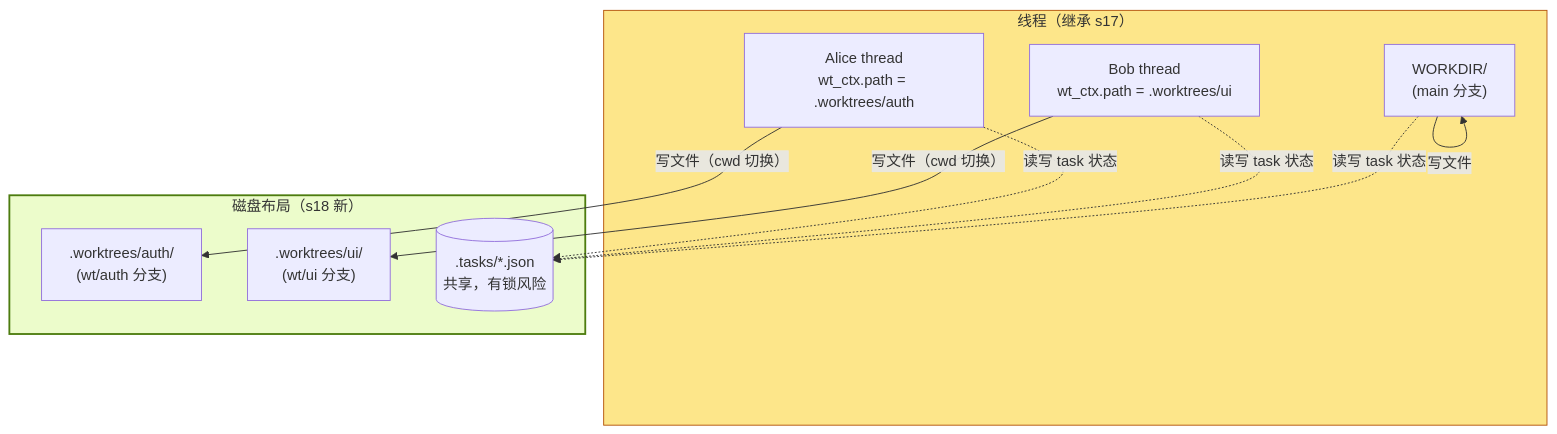
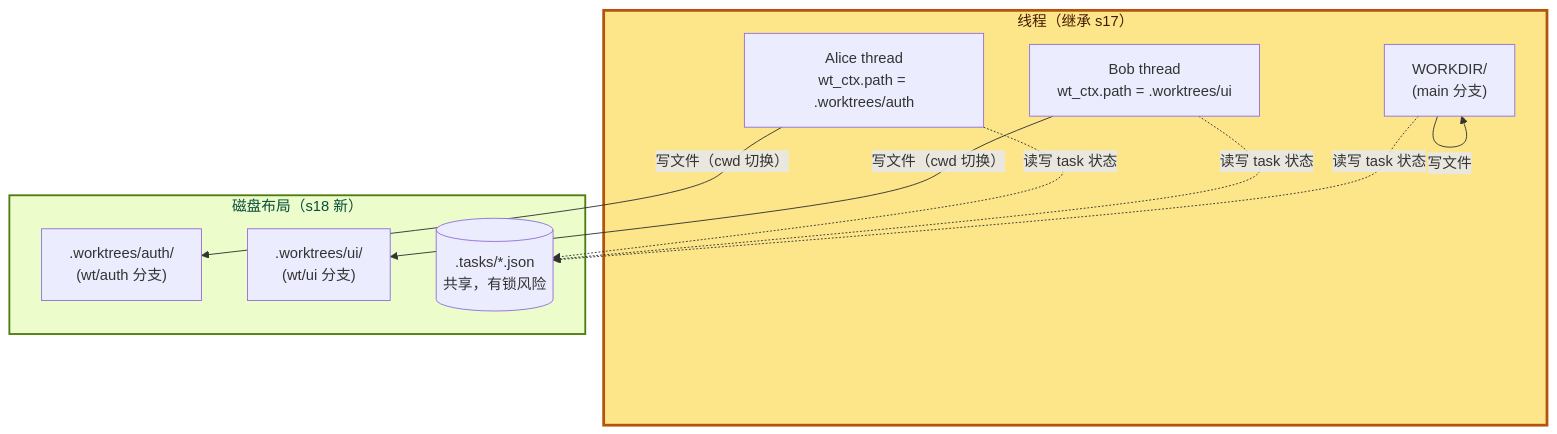
One commit to PyrePuin/From-Zero-LLM-Agent-Infra-Notes changed the fourth of 4 diagrams in Agent/Harness/Claude Code/Phase 5 - 多智能体/18 - Worktree Isolation.md. Above: the diagram before and after it, drawn with Mermaid. The commit also changed other lines of this file and 23 other files, not shown here.

First line of the commit message:
refactor(mermaid): 统一所有图的视觉规范

````diff
--- a/Agent/Harness/Claude Code/Phase 5 - 多智能体/18 - Worktree Isolation.md
+++ b/Agent/Harness/Claude Code/Phase 5 - 多智能体/18 - Worktree Isolation.md
@@ -570,25 +573,26 @@
 ```mermaid
+%%{init: {'themeVariables': {'fontSize': '16px', 'fontFamily': 'ui-sans-serif, system-ui, -apple-system, "Segoe UI", Roboto, sans-serif'}}}%%
 flowchart TB
     subgraph Threads["线程（继承 s17）"]
         Main["主线程<br/>Lead agent_loop<br/>cwd = WORKDIR"]
         A["Alice thread<br/>wt_ctx.path = .worktrees/auth"]
         B["Bob thread<br/>wt_ctx.path = .worktrees/ui"]
     end
 
     subgraph FS["磁盘布局（s18 新）"]
         Main["WORKDIR/<br/>(main 分支)"]
         W1[".worktrees/auth/<br/>(wt/auth 分支)"]
         W2[".worktrees/ui/<br/>(wt/ui 分支)"]
         Tasks[(".tasks/*.json<br/>共享，有锁风险")]
     end
 
     Main -->|"写文件"| Main
     A -->|"写文件（cwd 切换）"| W1
     B -->|"写文件（cwd 切换）"| W2
     A -.->|"读写 task 状态"| Tasks
     B -.->|"读写 task 状态"| Tasks
     Main -.->|"读写 task 状态"| Tasks
 
-    style Threads fill:#fde68a,stroke:#b45309
-    style FS fill:#ecfccb,stroke:#4d7c0f,stroke-width:2px
+    style Threads fill:#fde68a,stroke:#b45309,stroke-width:3px,color:#451a03
+    style FS fill:#ecfccb,stroke:#4d7c0f,stroke-width:2px,color:#064e3b
 ```
````
